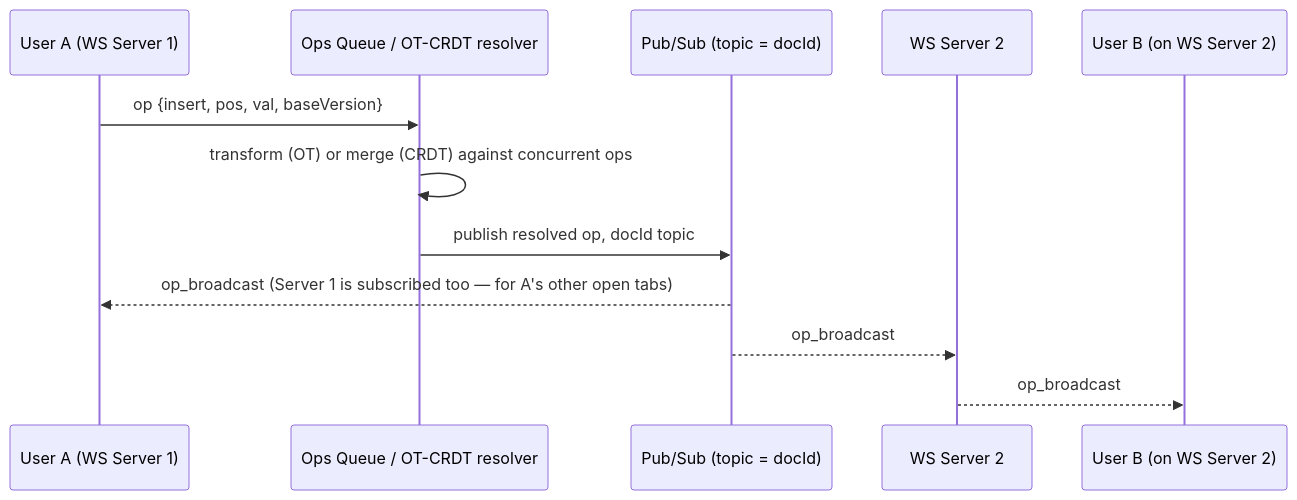
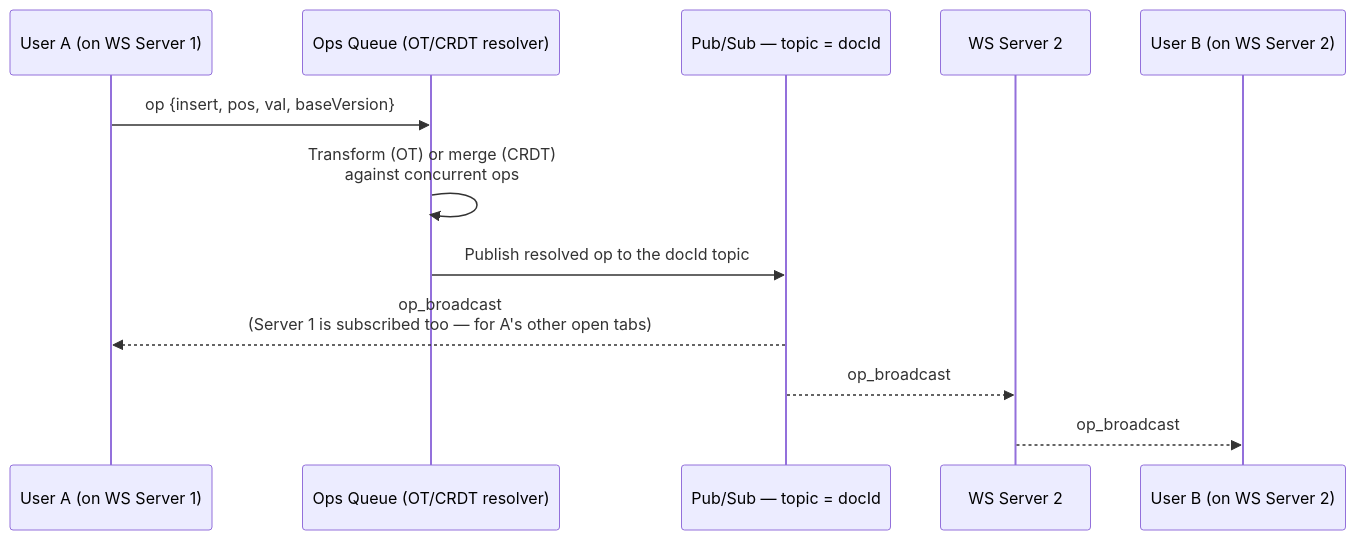
The seventh of 14 diagrams in system-design/HLD/0-course/38-Design-a-Collaborative-Document-Editing-Service-Google-Docs-FAANG-Guide-story.md (riyaz-pasha/Learnings), drawn with Mermaid before and after one commit. The commit also changed other lines of this file and 1 other file, not shown here.

Commit message:
[REWRITE] Google Docs story guide: simplify prose, add structure, fix diagrams

````diff
--- a/system-design/HLD/0-course/38-Design-a-Collaborative-Document-Editing-Service-Google-Docs-FAANG-Guide-story.md
+++ b/system-design/HLD/0-course/38-Design-a-Collaborative-Document-Editing-Service-Google-Docs-FAANG-Guide-story.md
@@ -196,15 +353,15 @@
 ```mermaid
 sequenceDiagram
-    participant A as User A (WS Server 1)
-    participant OQ as Ops Queue / OT-CRDT resolver
-    participant PS as Pub/Sub (topic = docId)
+    participant A as User A (on WS Server 1)
+    participant OQ as Ops Queue (OT/CRDT resolver)
+    participant PS as Pub/Sub — topic = docId
     participant WS2 as WS Server 2
     participant B as User B (on WS Server 2)
 
     A->>OQ: op {insert, pos, val, baseVersion}
-    OQ->>OQ: transform (OT) or merge (CRDT) against concurrent ops
-    OQ->>PS: publish resolved op, docId topic
-    PS-->>A: op_broadcast (Server 1 is subscribed too — for A's other open tabs)
+    OQ->>OQ: Transform (OT) or merge (CRDT)<br/>against concurrent ops
+    OQ->>PS: Publish resolved op to the docId topic
+    PS-->>A: op_broadcast<br/>(Server 1 is subscribed too — for A's other open tabs)
     PS-->>WS2: op_broadcast
     WS2-->>B: op_broadcast
 ```
````
